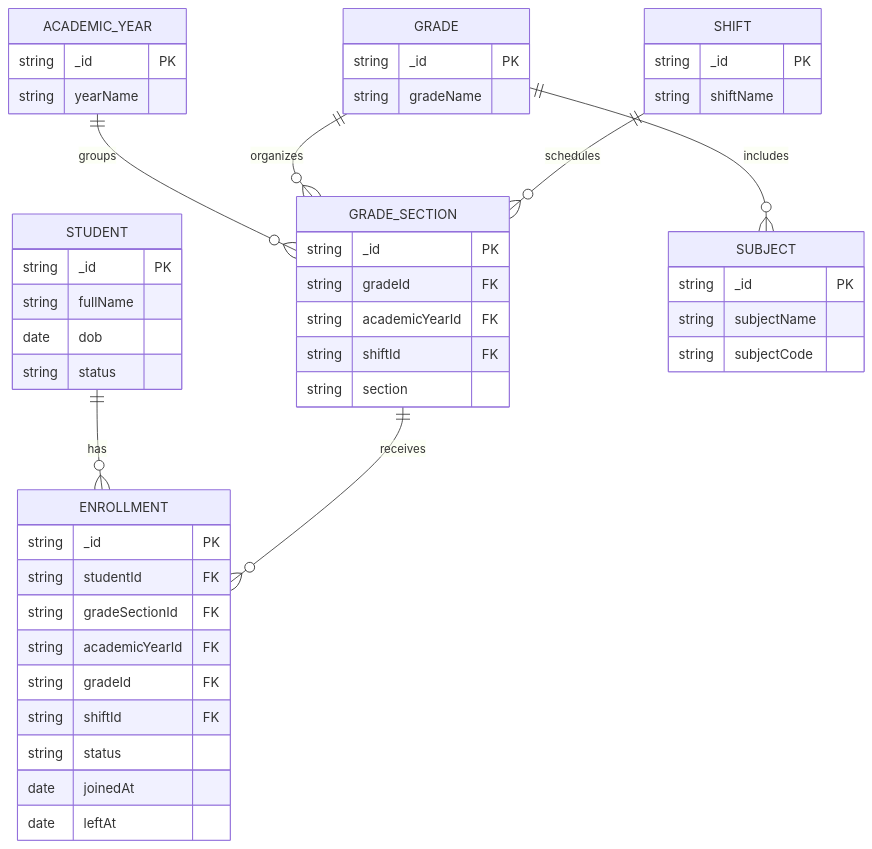
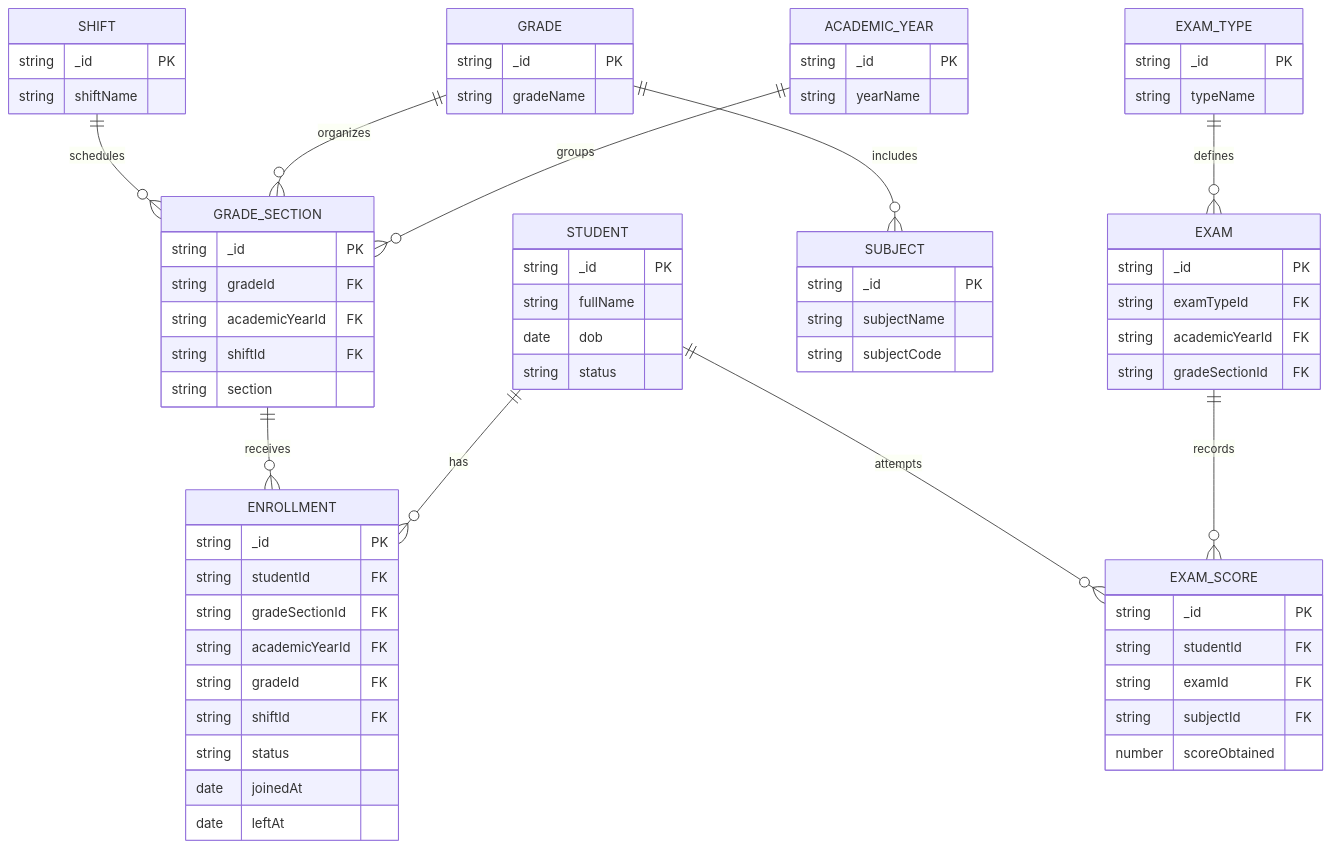
One commit to khays62/nuuru-al-bayaan changed the second of 6 diagrams in docs/DIAGRAMS.md. Above: the diagram before and after it, drawn with Mermaid. The commit also changed other lines of this file and 34 other files, not shown here.

````diff
--- a/docs/DIAGRAMS.md
+++ b/docs/DIAGRAMS.md
@@ -40,51 +44,71 @@
 ```mermaid
 erDiagram
   STUDENT ||--o{ ENROLLMENT : has
   GRADE_SECTION ||--o{ ENROLLMENT : receives
   ACADEMIC_YEAR ||--o{ GRADE_SECTION : groups
   GRADE ||--o{ GRADE_SECTION : organizes
   SHIFT ||--o{ GRADE_SECTION : schedules
   GRADE ||--o{ SUBJECT : includes
+  EXAM_TYPE ||--o{ EXAM : defines
+  EXAM ||--o{ EXAM_SCORE : records
+  STUDENT ||--o{ EXAM_SCORE : attempts
 
   STUDENT {
     string _id PK
     string fullName
     date dob
     string status
   }
   ENROLLMENT {
     string _id PK
     string studentId FK
     string gradeSectionId FK
     string academicYearId FK
     string gradeId FK
     string shiftId FK
     string status
     date joinedAt
     date leftAt
   }
   GRADE_SECTION {
     string _id PK
     string gradeId FK
     string academicYearId FK
     string shiftId FK
     string section
   }
   SUBJECT {
     string _id PK
     string subjectName
     string subjectCode
   }
   GRADE {
     string _id PK
     string gradeName
   }
   ACADEMIC_YEAR {
     string _id PK
     string yearName
   }
   SHIFT {
     string _id PK
     string shiftName
   }
+  EXAM_TYPE {
+    string _id PK
+    string typeName
+  }
+  EXAM {
+    string _id PK
+    string examTypeId FK
+    string academicYearId FK
+    string gradeSectionId FK
+  }
+  EXAM_SCORE {
+    string _id PK
+    string studentId FK
+    string examId FK
+    string subjectId FK
+    number scoreObtained
+  }
 ```
````
